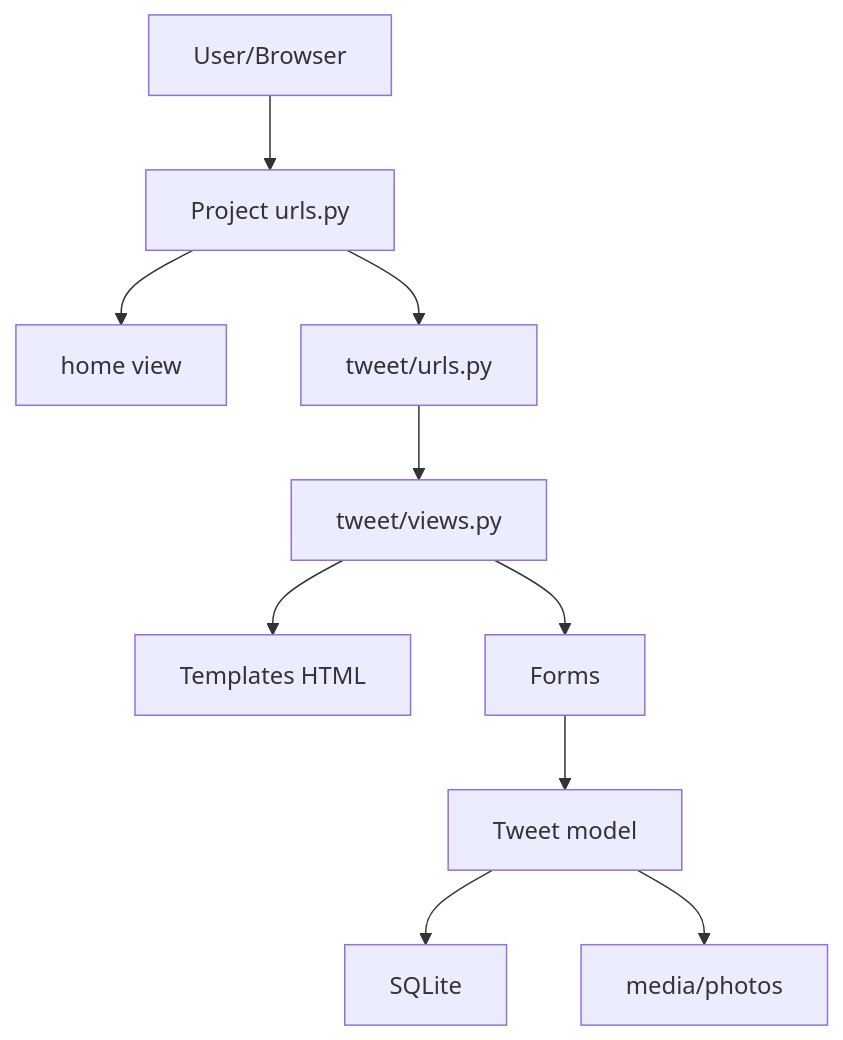
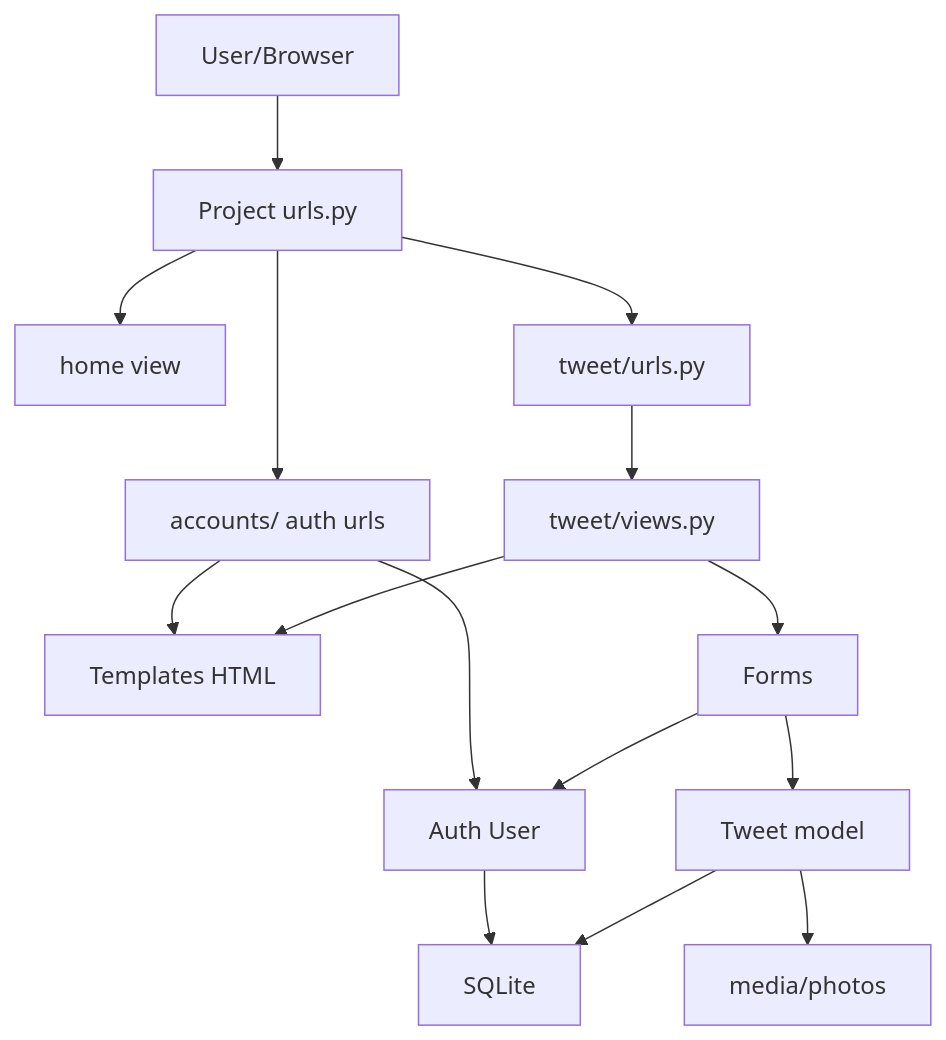
Before and after one commit to codebysnorlax/Django-PingPost: the diagram in README.md, drawn with Mermaid.

````diff
--- a/README.md
+++ b/README.md
@@ -45,12 +45,17 @@
 ```mermaid
 graph TD
   A[User/Browser] --> B[Project urls.py]
   B --> C[home view]
   B --> D[tweet/urls.py]
+  B --> L[accounts/ auth urls]
   D --> E[tweet/views.py]
   E --> F[Templates HTML]
   E --> G[Forms]
   G --> H[Tweet model]
+  G --> K[Auth User]
   H --> I[SQLite]
+  K --> I
   H --> J[media/photos]
+  L --> F
+  L --> K
 ```
````
